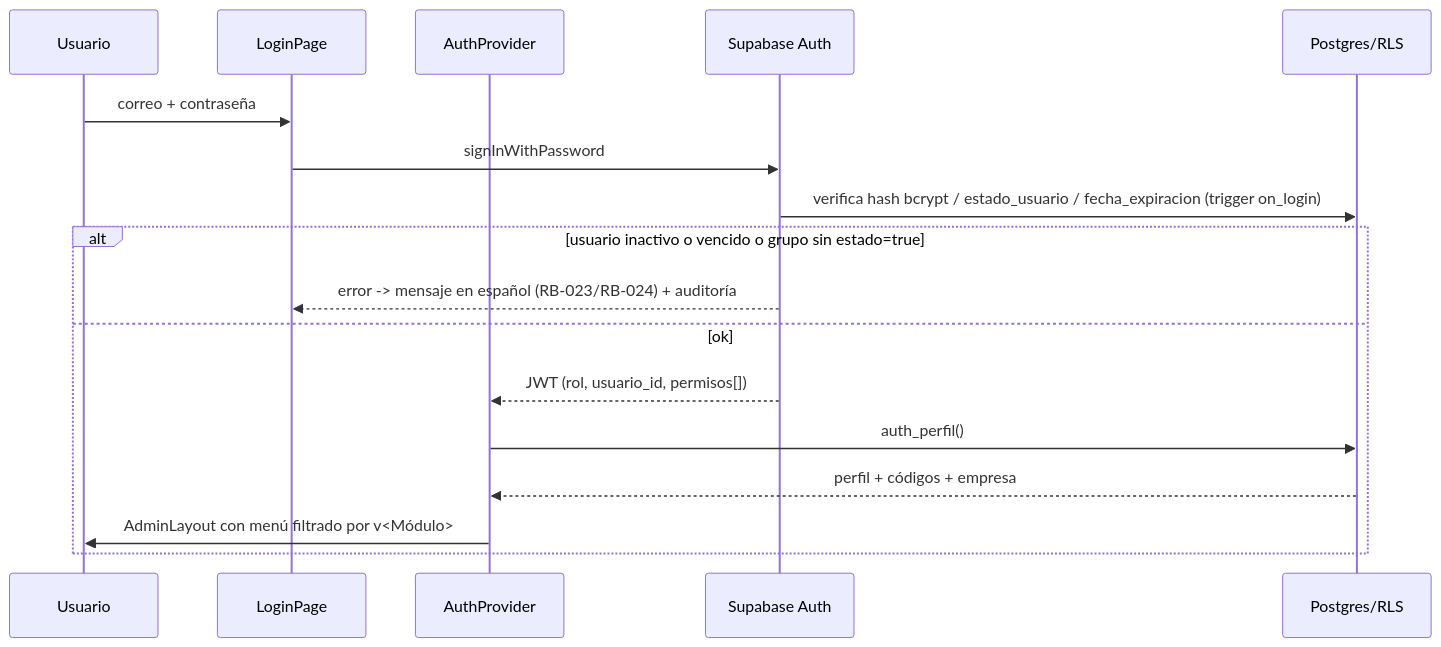
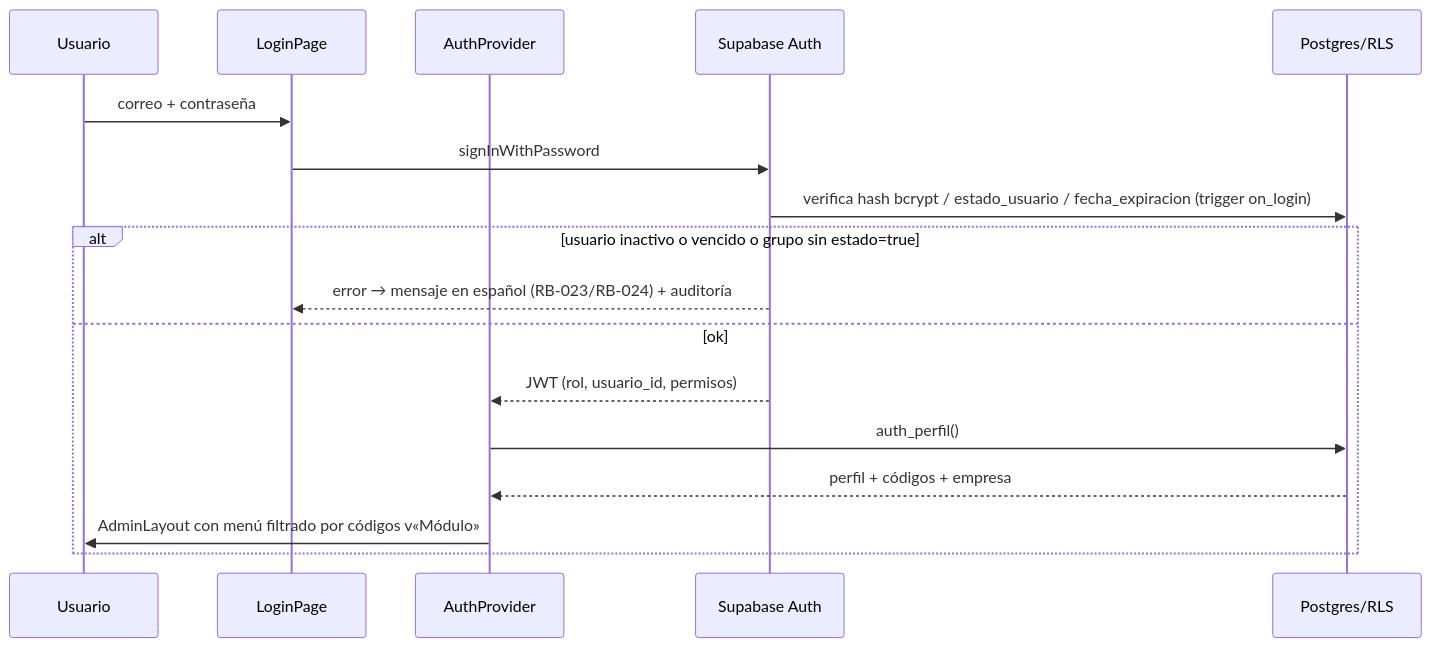
One commit to SantillanMJoseM/PoryectoTaller changed the fourth of 8 diagrams in docs/architecture/ARCHITECTURE.md. Above: the diagram before and after it, drawn with Mermaid. The commit also changed other lines of this file and 5 other files, not shown here.

````diff
--- a/docs/architecture/ARCHITECTURE.md
+++ b/docs/architecture/ARCHITECTURE.md
@@ -500,19 +740,19 @@
 ```mermaid
 sequenceDiagram
   participant U as Usuario
   participant L as LoginPage
   participant A as AuthProvider
   participant AU as Supabase Auth
   participant DB as Postgres/RLS
   U->>L: correo + contraseña
   L->>AU: signInWithPassword
   AU->>DB: verifica hash bcrypt / estado_usuario / fecha_expiracion (trigger on_login)
   alt usuario inactivo o vencido o grupo sin estado=true
-    AU-->>L: error -> mensaje en español (RB-023/RB-024) + auditoría
+    AU-->>L: error → mensaje en español (RB-023/RB-024) + auditoría
   else ok
-    AU-->>A: JWT (rol, usuario_id, permisos[])
+    AU-->>A: JWT (rol, usuario_id, permisos)
     A->>DB: auth_perfil()
     DB-->>A: perfil + códigos + empresa
-    A->>U: AdminLayout con menú filtrado por v<Módulo>
+    A->>U: AdminLayout con menú filtrado por códigos v«Módulo»
   end
 ```
````
